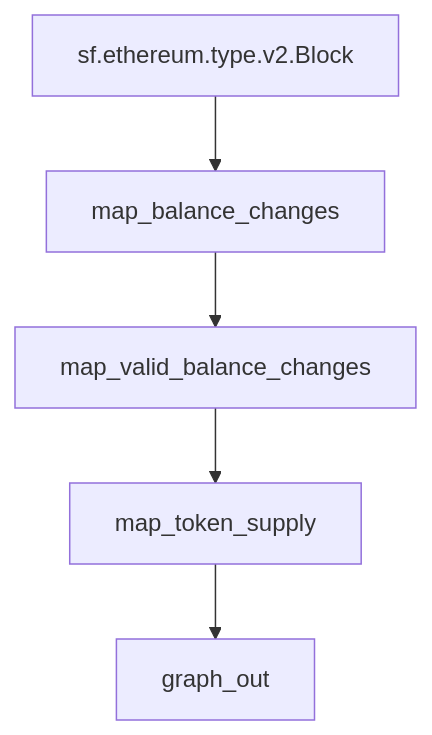
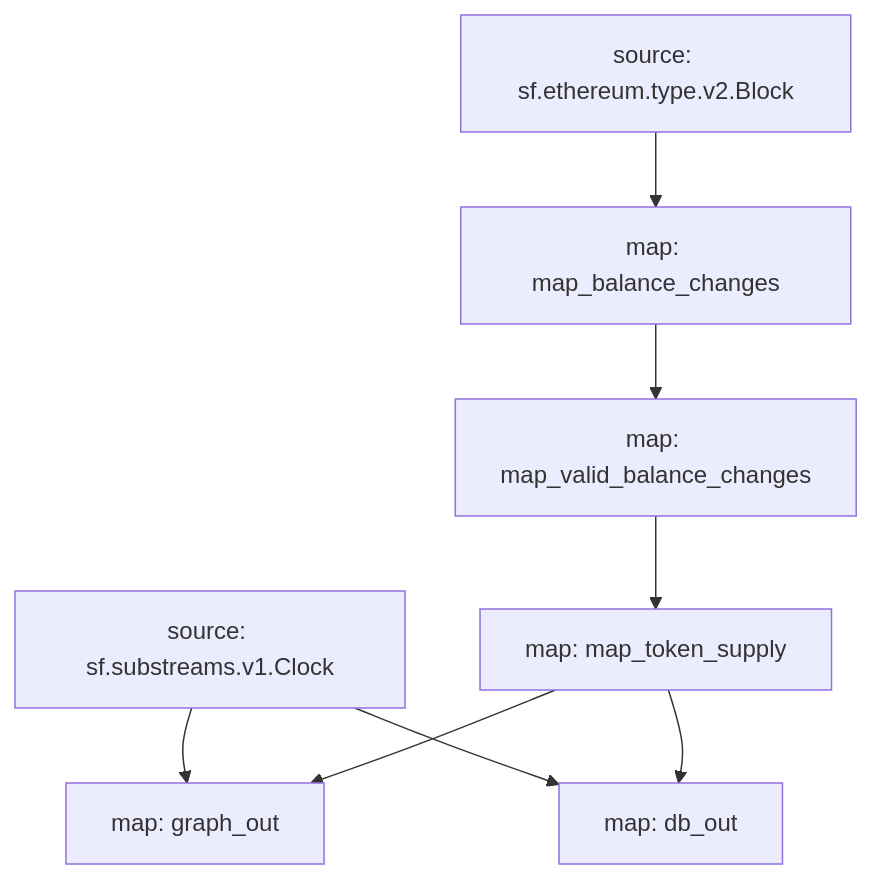
Before and after one commit to pinax-network/substreams-erc20-supply: the diagram in README.md, drawn with Mermaid. The commit also changed other lines of this file, not shown here.

````diff
--- a/README.md
+++ b/README.md
@@ -84,7 +84,15 @@
 ```mermaid
 graph TD;
-  sf.ethereum.type.v2.Block --> map_balance_changes;
+  map_balance_changes[map: map_balance_changes];
+  sf.ethereum.type.v2.Block[source: sf.ethereum.type.v2.Block] --> map_balance_changes;
+  map_valid_balance_changes[map: map_valid_balance_changes];
   map_balance_changes --> map_valid_balance_changes;
+  map_token_supply[map: map_token_supply];
   map_valid_balance_changes --> map_token_supply;
+  graph_out[map: graph_out];
+  sf.substreams.v1.Clock[source: sf.substreams.v1.Clock] --> graph_out;
   map_token_supply --> graph_out;
+  db_out[map: db_out];
+  sf.substreams.v1.Clock[source: sf.substreams.v1.Clock] --> db_out;
+  map_token_supply --> db_out;
 ```
````
